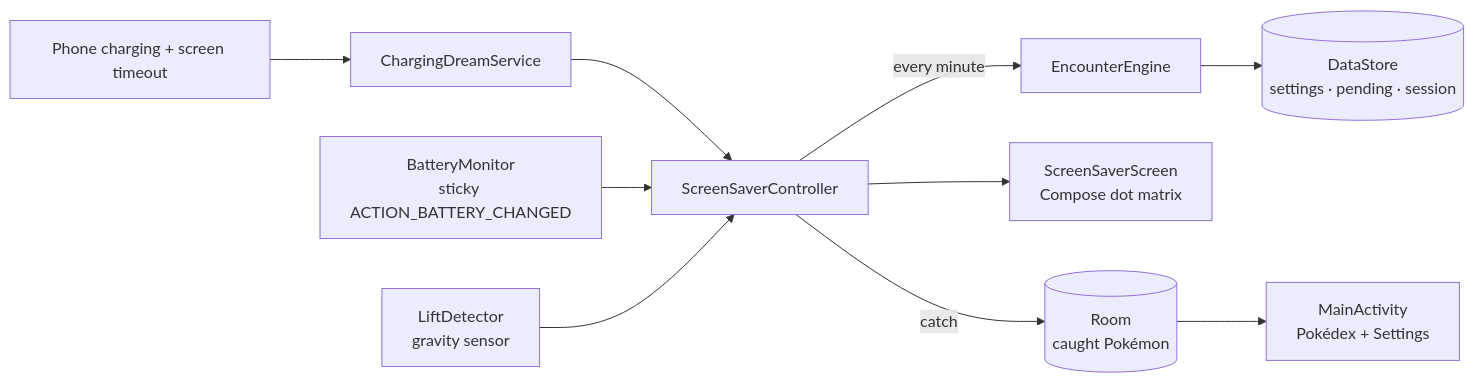
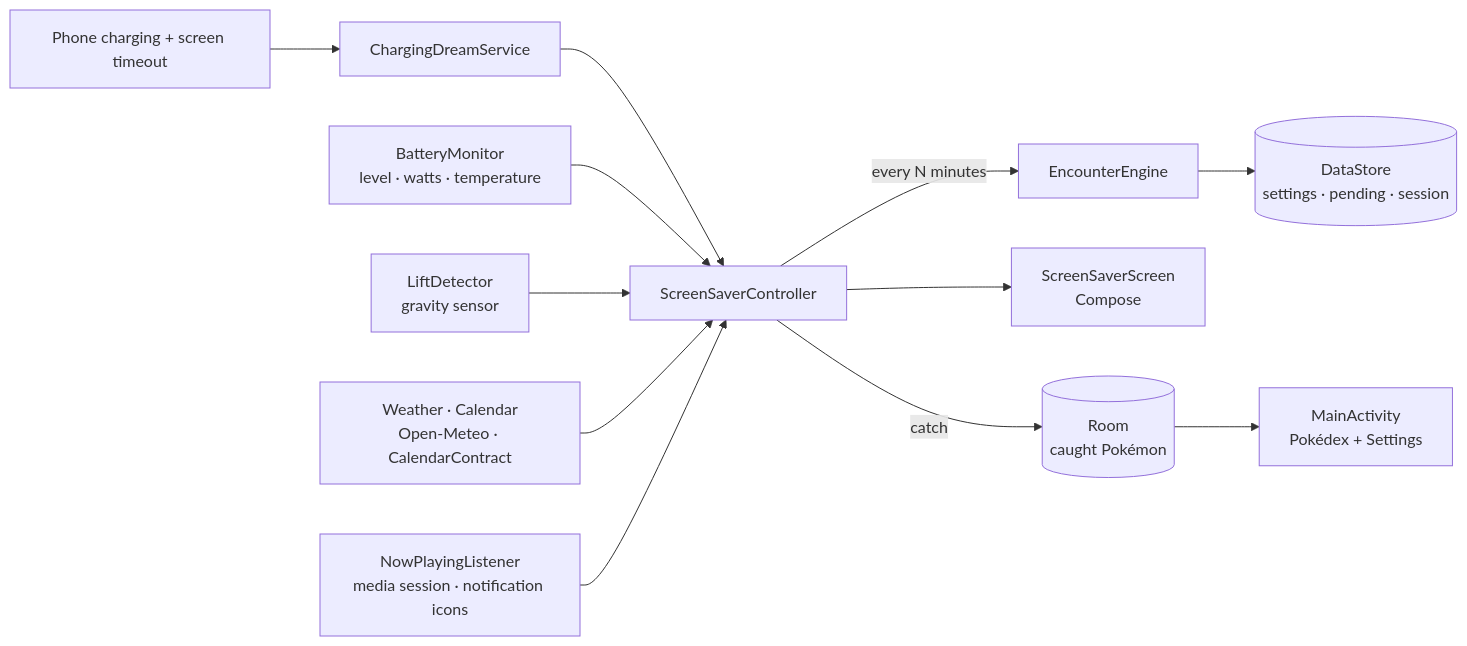
Before and after one commit to arunkmr13/PokeCharge: the diagram in README.md, drawn with Mermaid. The commit also changed other lines of this file, not shown here.

````diff
--- a/README.md
+++ b/README.md
@@ -118,12 +152,14 @@
 ```mermaid
 flowchart LR
     A[Phone charging + screen timeout] --> B[ChargingDreamService]
     B --> C[ScreenSaverController]
-    D[BatteryMonitor<br/>sticky ACTION_BATTERY_CHANGED] --> C
+    D[BatteryMonitor<br/>level · watts · temperature] --> C
     E[LiftDetector<br/>gravity sensor] --> C
-    C -->|every minute| F[EncounterEngine]
+    K[Weather · Calendar<br/>Open-Meteo · CalendarContract] --> C
+    L[NowPlayingListener<br/>media session · notification icons] --> C
+    C -->|every N minutes| F[EncounterEngine]
     F --> G[(DataStore<br/>settings · pending · session)]
-    C --> H[ScreenSaverScreen<br/>Compose dot matrix]
+    C --> H[ScreenSaverScreen<br/>Compose]
     C -->|catch| I[(Room<br/>caught Pokémon)]
     I --> J[MainActivity<br/>Pokédex + Settings]
 ```
````
